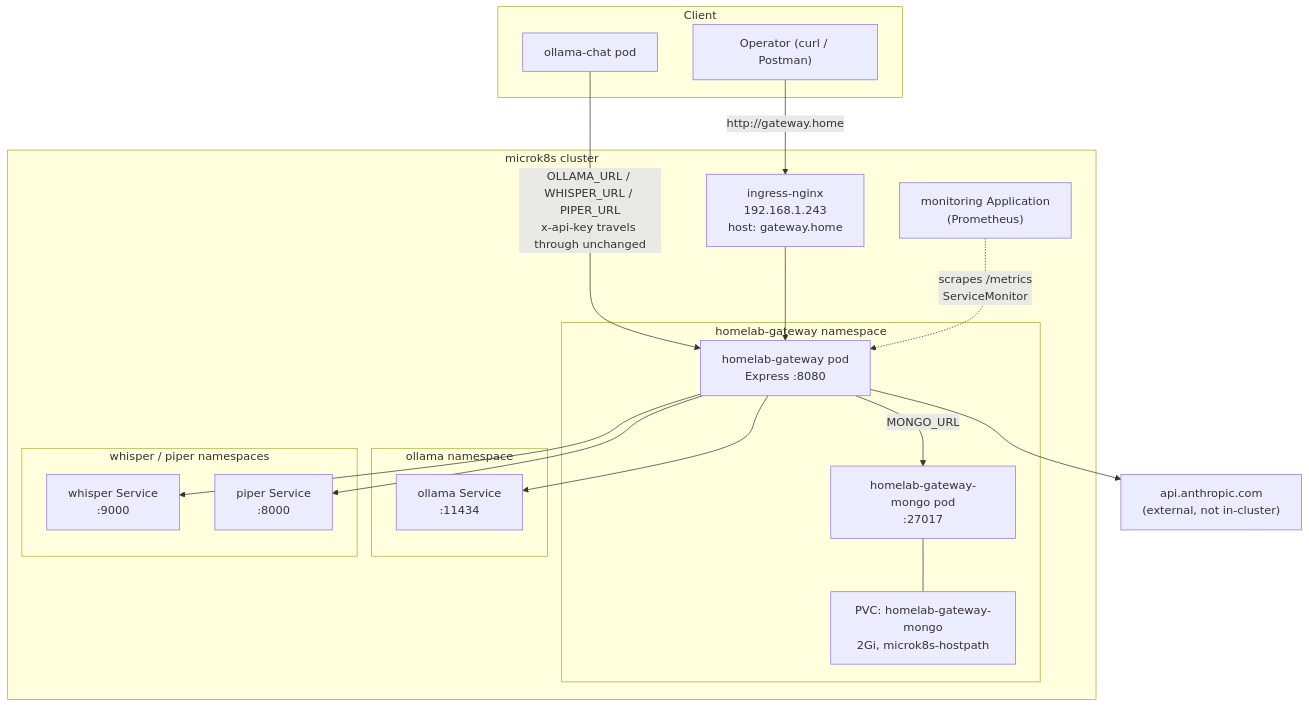
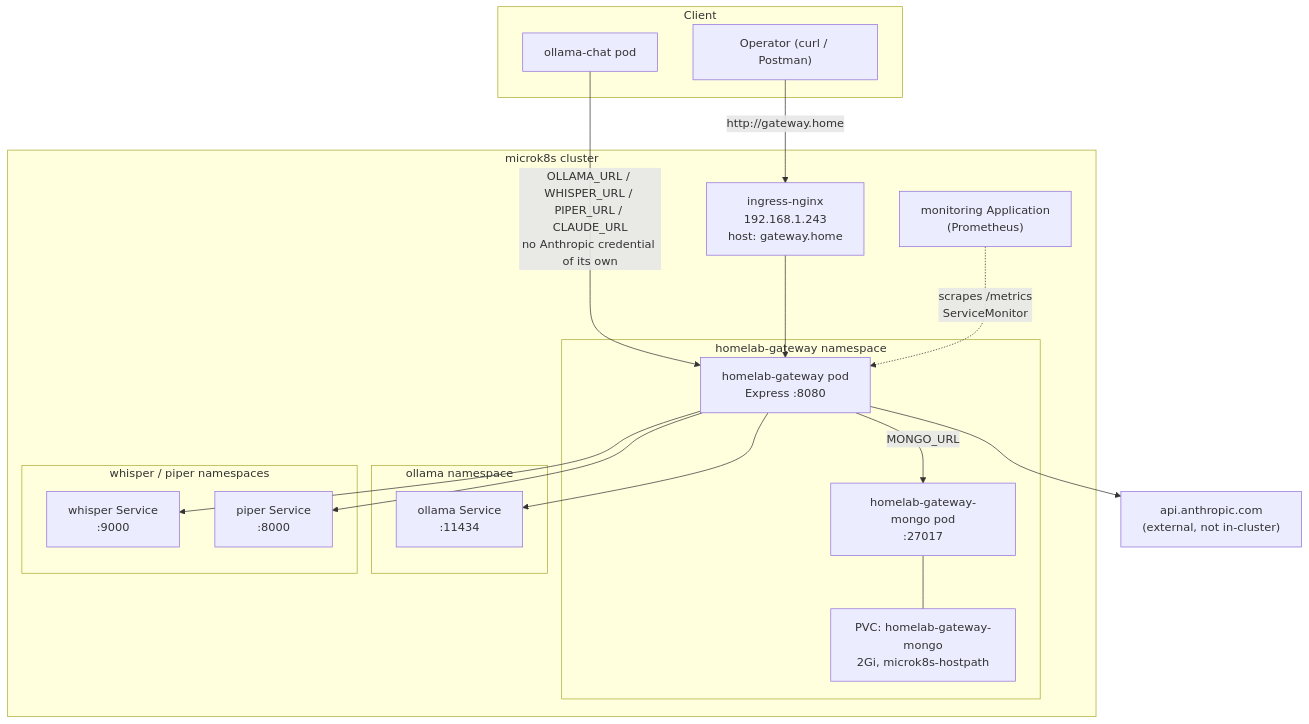
One commit to koydas/homelab-gateway changed the diagram in docs/architecture.md. Above: the diagram before and after it, drawn with Mermaid. The commit also changed other lines of this file and 8 other files, not shown here.

First line of the commit message:
This gateway owns the Anthropic API key, not ollama-chat

````diff
--- a/docs/architecture.md
+++ b/docs/architecture.md
@@ -38,33 +38,33 @@
 ```mermaid
 flowchart TB
     subgraph Client
         Chat["ollama-chat pod"]
         Op["Operator (curl / Postman)"]
     end
     subgraph "microk8s cluster"
         subgraph "homelab-gateway namespace"
             Pod["homelab-gateway pod<br/>Express :8080"]
             Mongo["homelab-gateway-mongo pod<br/>:27017"]
             PVC["PVC: homelab-gateway-mongo<br/>2Gi, microk8s-hostpath"]
             Mongo --- PVC
             Pod -->|MONGO_URL| Mongo
         end
         subgraph "ollama namespace"
             OllamaSvc["ollama Service<br/>:11434"]
         end
         subgraph "whisper / piper namespaces"
             WhisperSvc["whisper Service<br/>:9000"]
             PiperSvc["piper Service<br/>:8000"]
         end
         Ing["ingress-nginx<br/>192.168.1.243<br/>host: gateway.home"]
         Mon["monitoring Application<br/>(Prometheus)"]
     end
     Anthropic["api.anthropic.com<br/>(external, not in-cluster)"]
-    Chat -->|OLLAMA_URL / WHISPER_URL / PIPER_URL<br/>x-api-key travels through unchanged| Pod
+    Chat -->|OLLAMA_URL / WHISPER_URL / PIPER_URL / CLAUDE_URL<br/>no Anthropic credential of its own| Pod
     Op -->|http://gateway.home| Ing --> Pod
     Pod --> OllamaSvc
     Pod --> WhisperSvc
     Pod --> PiperSvc
     Pod --> Anthropic
     Mon -.->|scrapes /metrics<br/>ServiceMonitor| Pod
 ```
````
